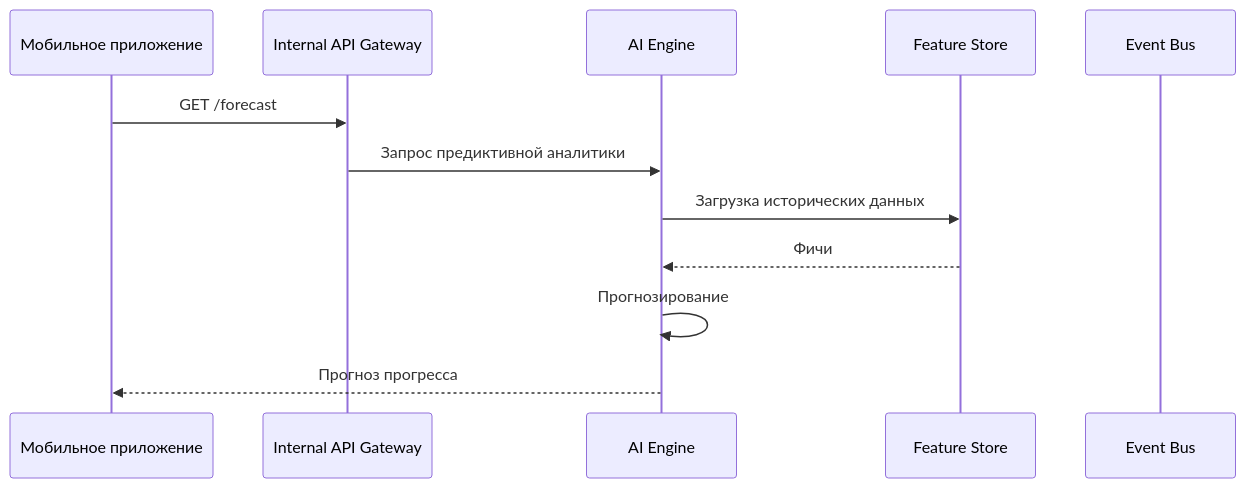
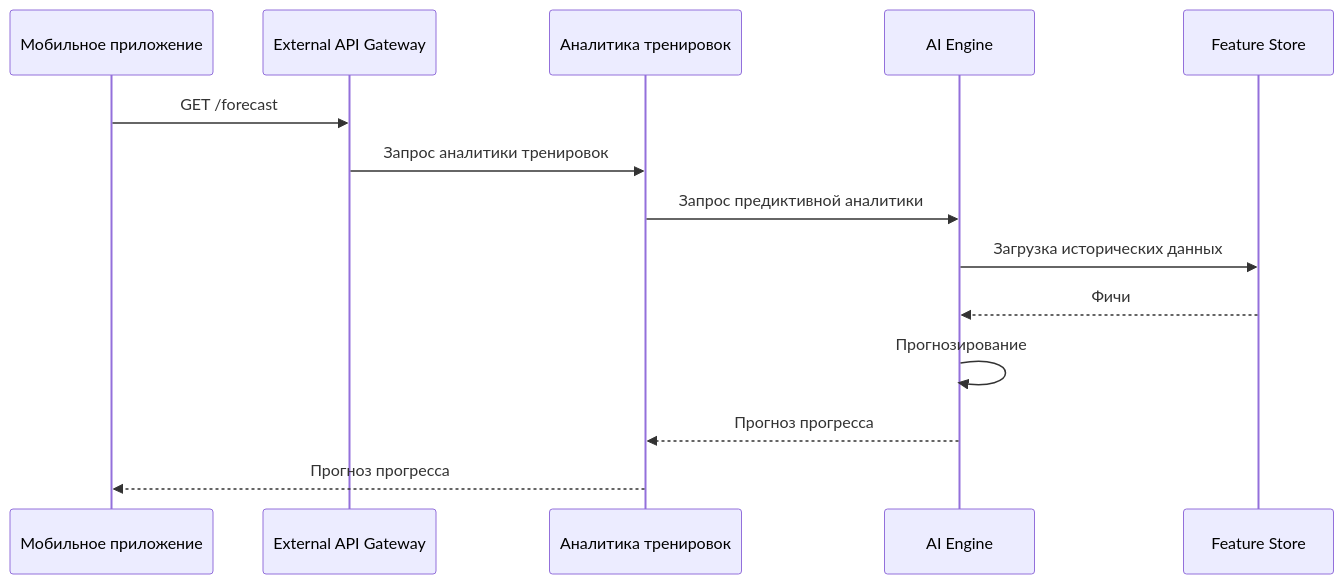
One commit to andreyantropov/architect-coursework changed the diagram in architecture/application-usage-scenarios/progress-forecasting.md. Above: the diagram before and after it, drawn with Mermaid. The commit also changed 17 other files, not shown here.

````diff
--- a/architecture/application-usage-scenarios/progress-forecasting.md
+++ b/architecture/application-usage-scenarios/progress-forecasting.md
@@ -3,15 +3,17 @@
 ```mermaid
 sequenceDiagram
     participant M as Мобильное приложение
-    participant A as Internal API Gateway
+    participant A as External API Gateway
+    participant TA as Аналитика тренировок
     participant AI as AI Engine
     participant F as Feature Store
-    participant E as Event Bus
 
     M->>A: GET /forecast
-    A->>AI: Запрос предиктивной аналитики
+    A->>TA: Запрос аналитики тренировок
+    TA->>AI: Запрос предиктивной аналитики
     AI->>F: Загрузка исторических данных
     F-->>AI: Фичи
     AI->>AI: Прогнозирование
-    AI-->>M: Прогноз прогресса
+    AI-->>TA: Прогноз прогресса
+    TA-->>M: Прогноз прогресса
 ```
````
